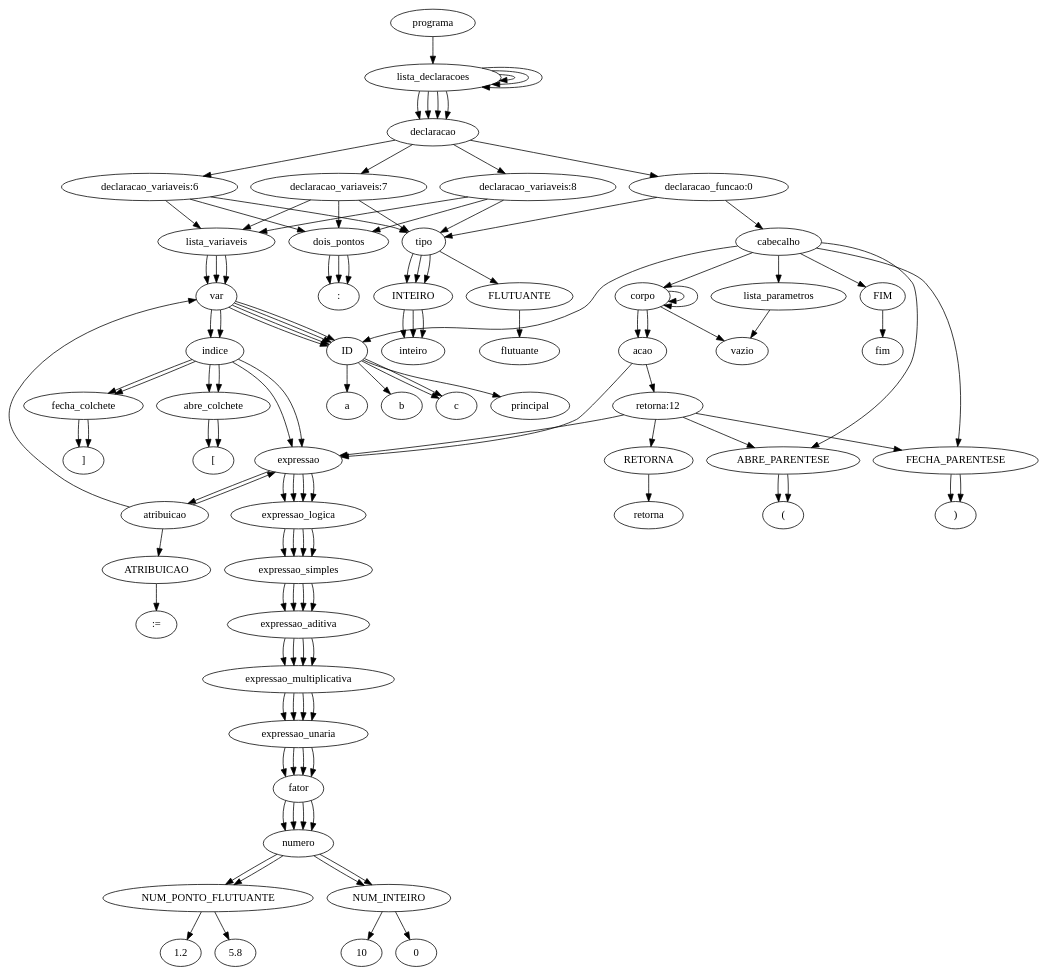
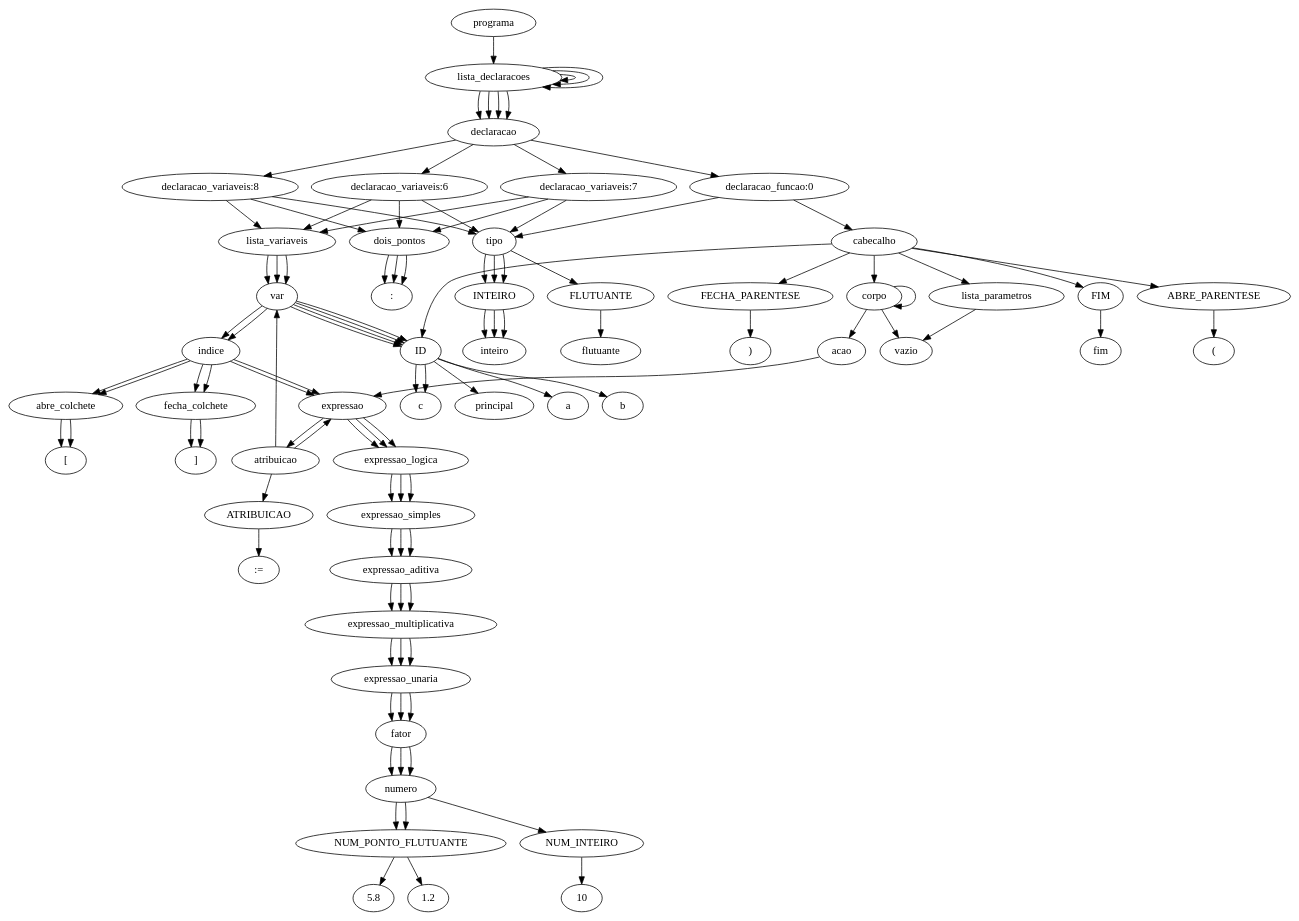
The diagram in 7.AnaliseSemantica/implementacao/semantica-testes/sema-002.tpp.ast.dot (JuanFSR/Compiladores), drawn with Graphviz before and after one commit. The commit also changed 16 other files, not shown here.

```diff
--- a/7.AnaliseSemantica/implementacao/semantica-testes/sema-002.tpp.ast.dot
+++ b/7.AnaliseSemantica/implementacao/semantica-testes/sema-002.tpp.ast.dot
@@ -68,7 +68,6 @@
     ")";
     "corpo";
     "corpo";
-    "corpo";
     "vazio";
     "acao";
     "expressao";
@@ -103,24 +102,6 @@
     "numero";
     "NUM_INTEIRO";
     "10";
-    "acao";
-    "retorna:12";
-    "RETORNA";
-    "retorna";
-    "ABRE_PARENTESE";
-    "(";
-    "expressao";
-    "expressao_logica";
-    "expressao_simples";
-    "expressao_aditiva";
-    "expressao_multiplicativa";
-    "expressao_unaria";
-    "fator";
-    "numero";
-    "NUM_INTEIRO";
-    "0";
-    "FECHA_PARENTESE";
-    ")";
     "FIM";
     "fim";
     "programa" -> "lista_declaracoes";
@@ -193,8 +174,6 @@
     "FECHA_PARENTESE" -> ")";
     "corpo" -> "corpo";
     "corpo" -> "acao";
-    "corpo" -> "corpo";
-    "corpo" -> "acao";
     "corpo" -> "vazio";
     "acao" -> "expressao";
     "expressao" -> "atribuicao";
@@ -228,22 +207,5 @@
     "fator" -> "numero";
     "numero" -> "NUM_INTEIRO";
     "NUM_INTEIRO" -> "10";
-    "acao" -> "retorna:12";
-    "retorna:12" -> "RETORNA";
-    "retorna:12" -> "ABRE_PARENTESE";
-    "retorna:12" -> "expressao";
-    "retorna:12" -> "FECHA_PARENTESE";
-    "RETORNA" -> "retorna";
-    "ABRE_PARENTESE" -> "(";
-    "expressao" -> "expressao_logica";
-    "expressao_logica" -> "expressao_simples";
-    "expressao_simples" -> "expressao_aditiva";
-    "expressao_aditiva" -> "expressao_multiplicativa";
-    "expressao_multiplicativa" -> "expressao_unaria";
-    "expressao_unaria" -> "fator";
-    "fator" -> "numero";
-    "numero" -> "NUM_INTEIRO";
-    "NUM_INTEIRO" -> "0";
-    "FECHA_PARENTESE" -> ")";
     "FIM" -> "fim";
 }
```
